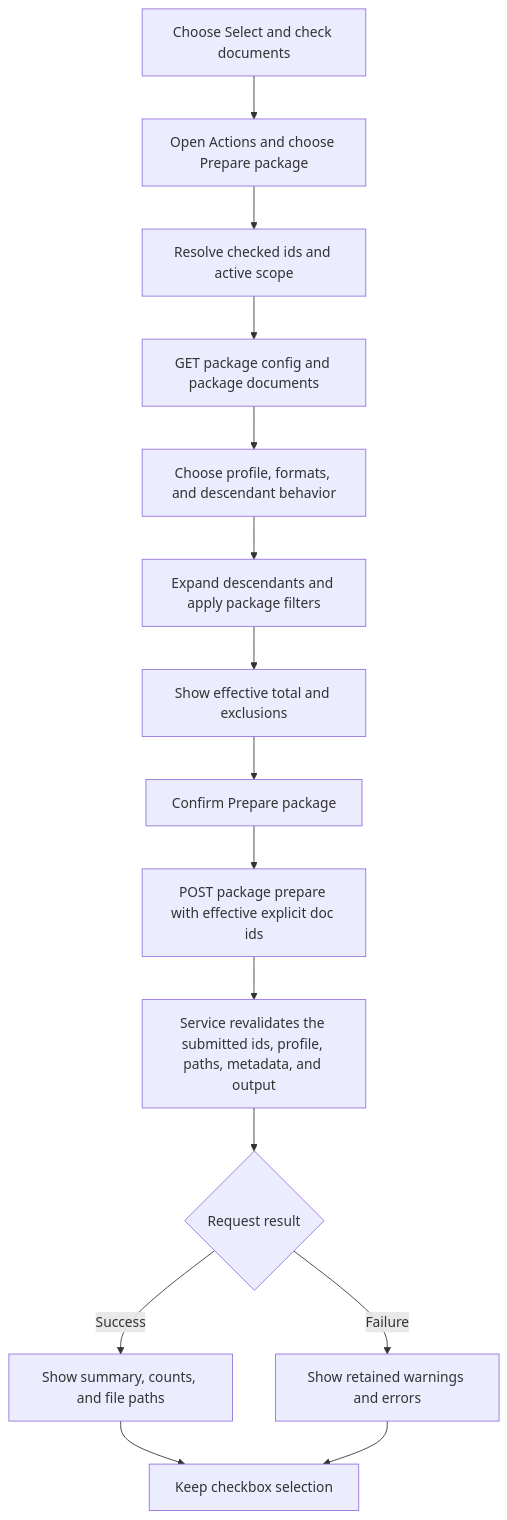
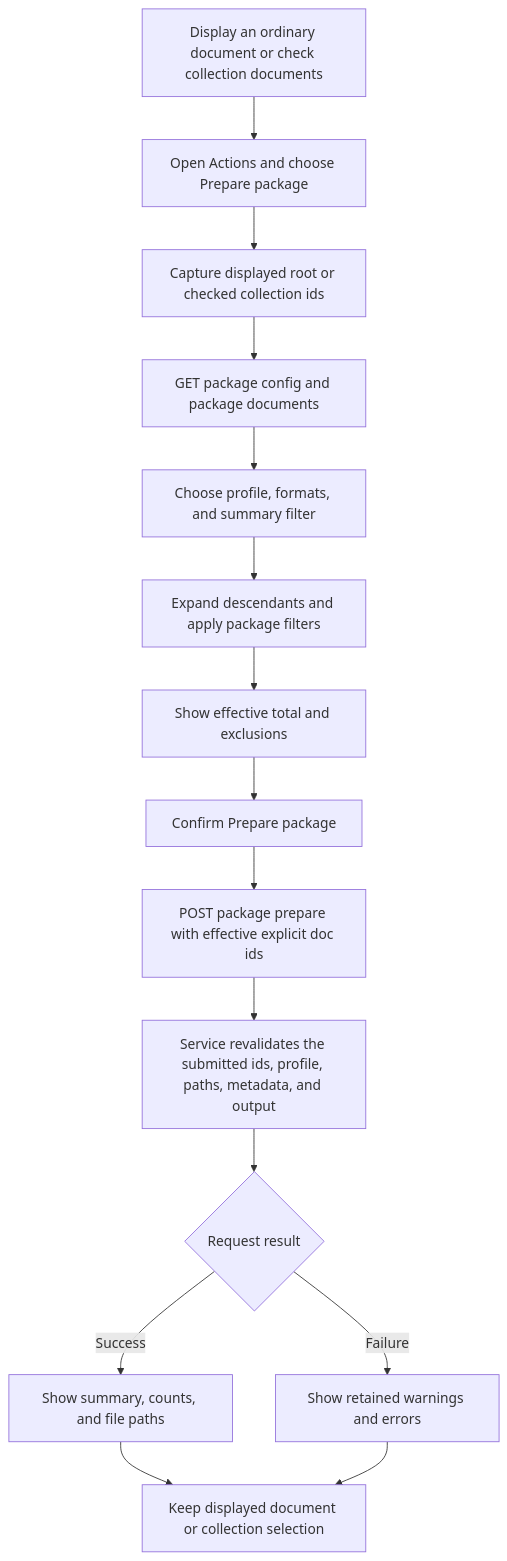
Before and after one commit to dotlineform/dotlineform-site: the diagram in documentation/studio/Package_Prepare.md, drawn with Mermaid. The commit also changed other lines of this file and 26 other files, not shown here.

````diff
--- a/documentation/studio/Package_Prepare.md
+++ b/documentation/studio/Package_Prepare.md
@@ -75,19 +68,19 @@
 ```mermaid
 flowchart TD
   accTitle: Prepare package user and service workflow
-  accDescr: Checked documents and the active scope enter one compact workflow which uses the existing document package endpoints and leaves selection unchanged.
-  selectDocs[Choose Select and check documents] --> openAction[Open Actions and choose Prepare package]
-  openAction --> resolveTarget[Resolve checked ids and active scope]
+  accDescr: A displayed ordinary subtree or exact checked collection enters one compact workflow using the existing document package endpoints.
+  selectDocs[Display an ordinary document or check collection documents] --> openAction[Open Actions and choose Prepare package]
+  openAction --> resolveTarget[Capture displayed root or checked collection ids]
   resolveTarget --> readOptions[GET package config and package documents]
-  readOptions --> options[Choose profile, formats, and descendant behavior]
+  readOptions --> options[Choose profile, formats, and summary filter]
   options --> projectTarget[Expand descendants and apply package filters]
   projectTarget --> showTotal[Show effective total and exclusions]
   showTotal --> confirm[Confirm Prepare package]
   confirm --> prepare[POST package prepare with effective explicit doc ids]
   prepare --> validate[Service revalidates the submitted ids, profile, paths, metadata, and output]
   validate --> result{Request result}
   result -->|Success| success[Show summary, counts, and file paths]
   result -->|Failure| failure[Show retained warnings and errors]
-  success --> unchanged[Keep checkbox selection]
+  success --> unchanged[Keep displayed document or collection selection]
   failure --> unchanged
 ```
````
